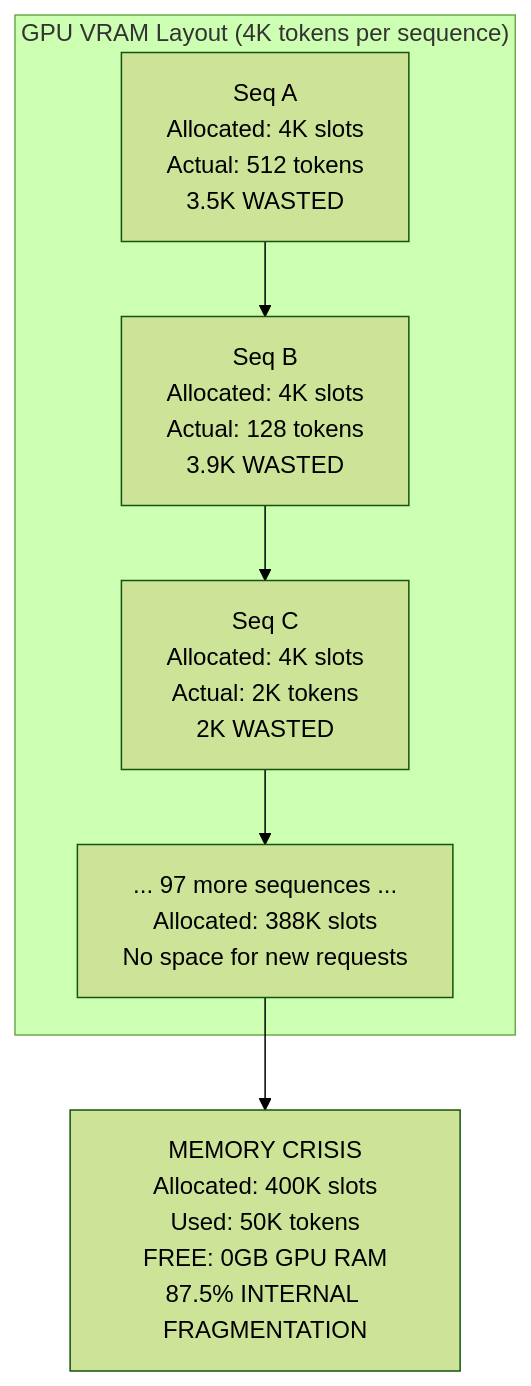
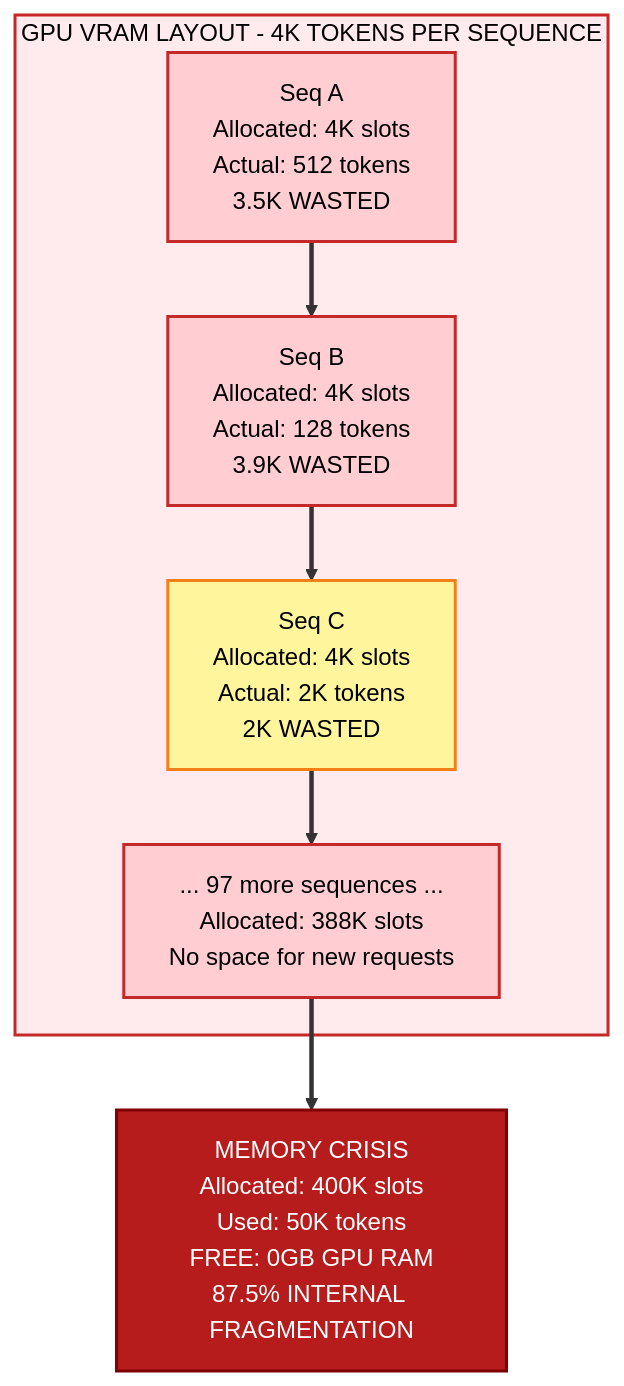
One commit to Shahriarin2garden/vllm_from_scratch changed the second of 15 diagrams in lab0.3/README.md. Above: the diagram before and after it, drawn with Mermaid (forest theme). The commit also changed other lines of this file and 2 other files, not shown here.

Commit message:
Enhance README with detailed mermaid diagrams for KV cache performance, memory fragmentation, and eviction strategies; add .gitignore to exclude plans directory from version control.

````diff
--- a/lab0.3/README.md
+++ b/lab0.3/README.md
@@ -141,13 +158,22 @@
 ```mermaid
 graph TD
-    subgraph VRAM["GPU VRAM Layout (4K tokens per sequence)"]
+    subgraph VRAM [" GPU VRAM LAYOUT - 4K TOKENS PER SEQUENCE "]
         A1["Seq A<br/>Allocated: 4K slots<br/>Actual: 512 tokens<br/>3.5K WASTED"]
         A2["Seq B<br/>Allocated: 4K slots<br/>Actual: 128 tokens<br/>3.9K WASTED"]
         A3["Seq C<br/>Allocated: 4K slots<br/>Actual: 2K tokens<br/>2K WASTED"]
         A4["... 97 more sequences ...<br/>Allocated: 388K slots<br/>No space for new requests"]
     end
     
     METRICS["MEMORY CRISIS<br/>Allocated: 400K slots<br/>Used: 50K tokens<br/>FREE: 0GB GPU RAM<br/>87.5% INTERNAL FRAGMENTATION"]
     
     A1 --> A2 --> A3 --> A4 --> METRICS
+    
+    linkStyle default stroke:#333,stroke-width:3px
+    
+    style VRAM fill:#ffebee,stroke:#c62828,stroke-width:2px,color:#000
+    style A1 fill:#ffcdd2,stroke:#c62828,stroke-width:2px,color:#000
+    style A2 fill:#ffcdd2,stroke:#c62828,stroke-width:2px,color:#000
+    style A3 fill:#fff59d,stroke:#f57f17,stroke-width:2px,color:#000
+    style A4 fill:#ffcdd2,stroke:#c62828,stroke-width:2px,color:#000
+    style METRICS fill:#b71c1c,stroke:#7f0000,stroke-width:2px,color:#fff
 ```
````
